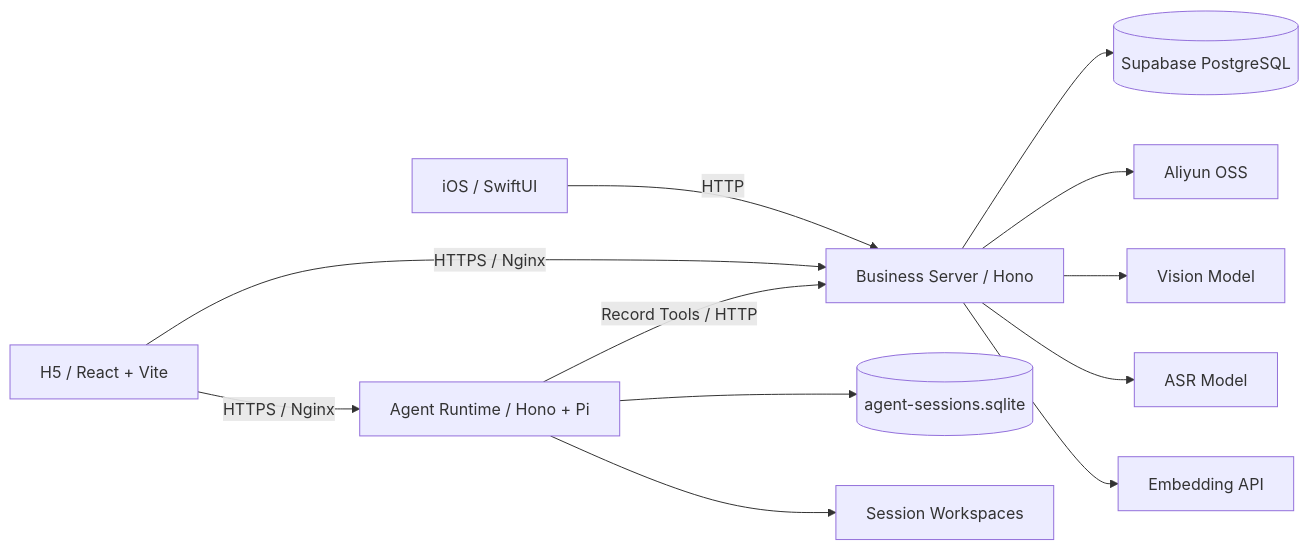
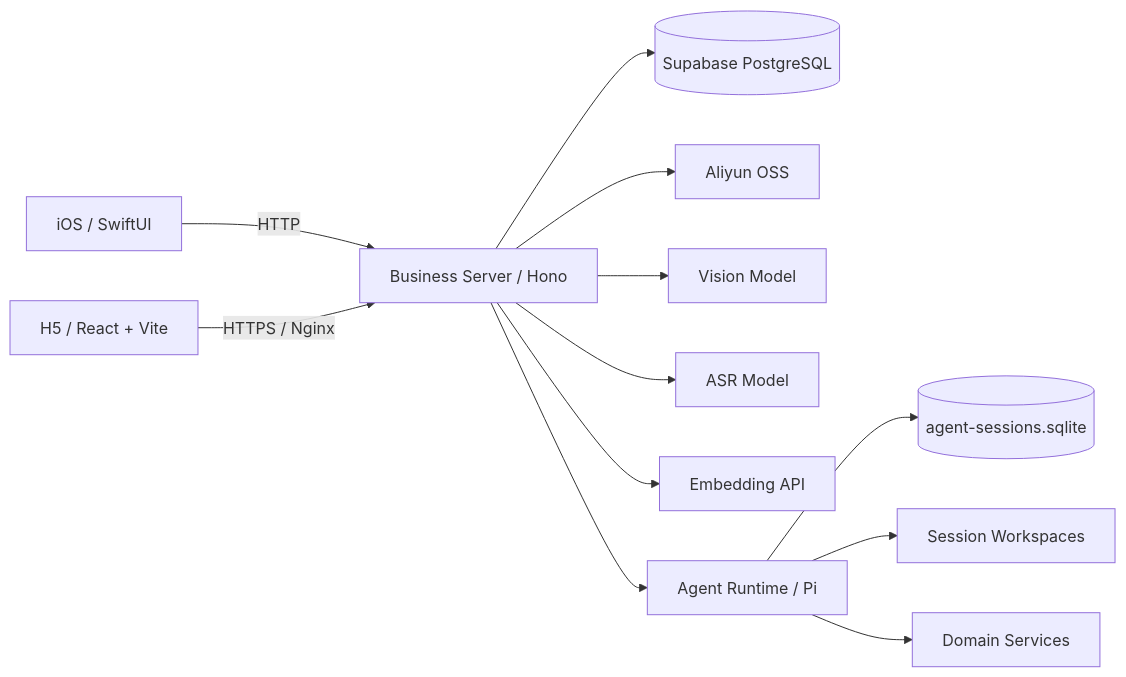
The diagram in docs/architecture/overview.md (huiru-wang/fanto), drawn with Mermaid before and after one commit. The commit also changed other lines of this file and 129 other files, not shown here.

Commit message:
refactor(agent): embed runtime in server

````diff
--- a/docs/architecture/overview.md
+++ b/docs/architecture/overview.md
@@ -5,15 +5,15 @@
 ```mermaid
 flowchart LR
   IOS[iOS / SwiftUI] -->|HTTP| S[Business Server / Hono]
   H5[H5 / React + Vite] -->|HTTPS / Nginx| S
-  H5 -->|HTTPS / Nginx| AR[Agent Runtime / Hono + Pi]
   S --> DB[(Supabase PostgreSQL)]
   S --> OSS[Aliyun OSS]
   S --> VL[Vision Model]
   S --> ASR[ASR Model]
   S --> EMB[Embedding API]
 
+  S --> AR[Agent Runtime / Pi]
   AR --> ADB[(agent-sessions.sqlite)]
   AR --> WS[Session Workspaces]
-  AR -->|Record Tools / HTTP| S
+  AR --> DS[Domain Services]
 ```
````
